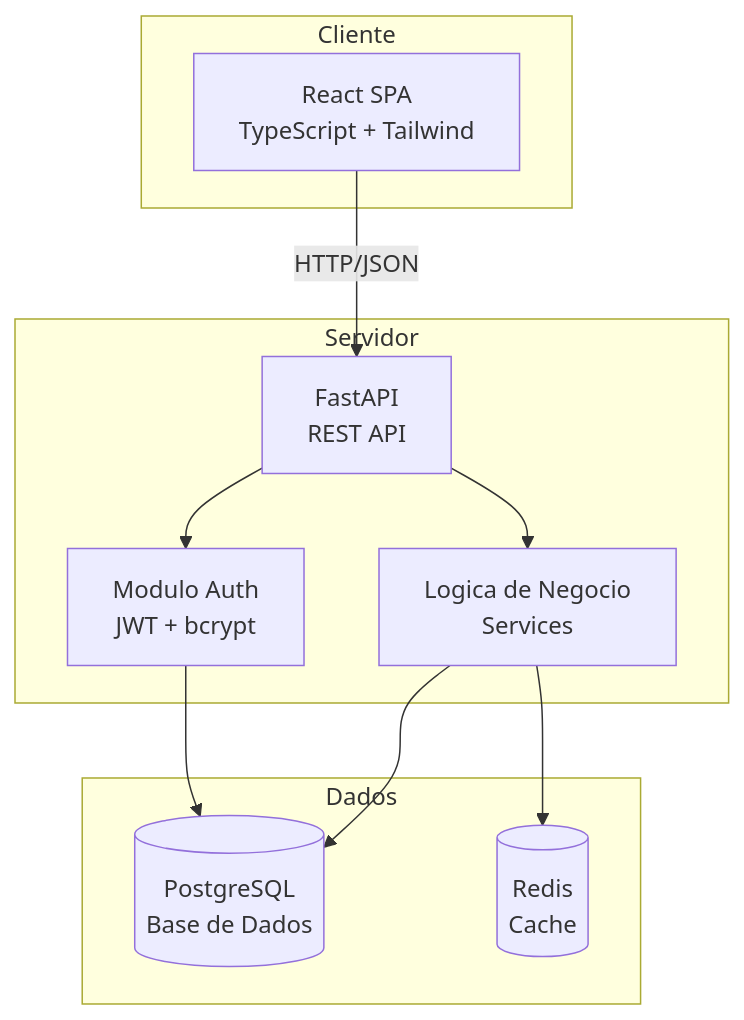
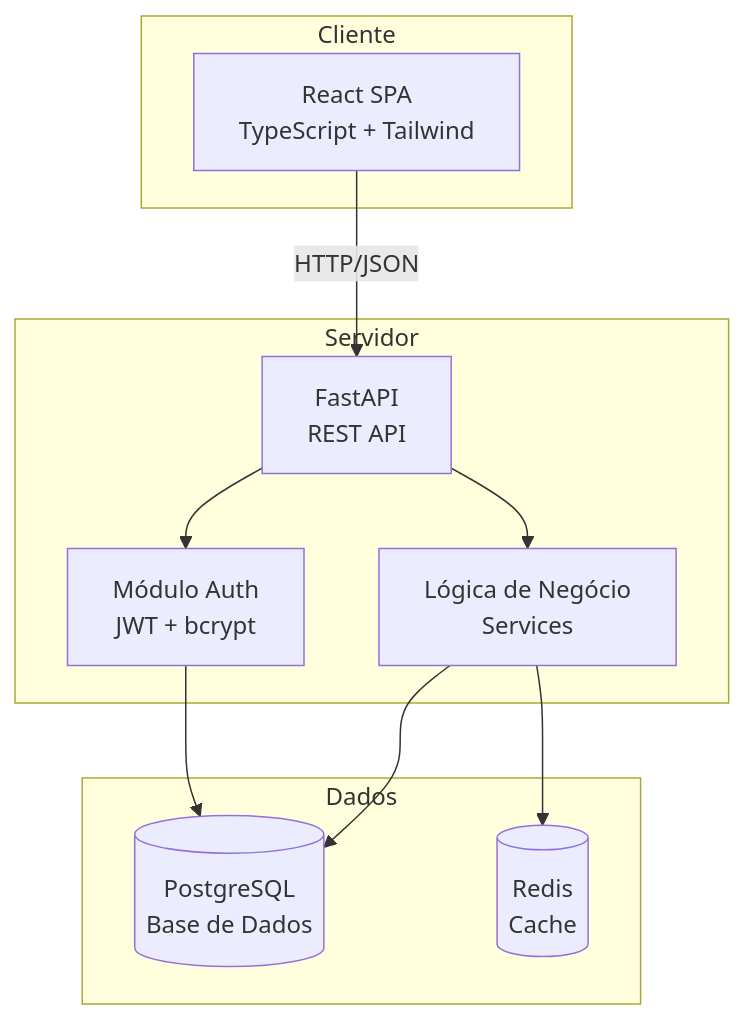
Before and after one commit to henriquelaia/FinTwin: the first of 3 diagrams in docs/sprint0/02_arquitetura.md, drawn with Mermaid. The commit also changed other lines of this file and 11 other files, not shown here.

````diff
--- a/docs/sprint0/02_arquitetura.md
+++ b/docs/sprint0/02_arquitetura.md
@@ -11,24 +11,24 @@
 ```mermaid
 graph TB
     subgraph Cliente
         FE[React SPA<br/>TypeScript + Tailwind]
     end
 
     subgraph Servidor
         API[FastAPI<br/>REST API]
-        AUTH[Modulo Auth<br/>JWT + bcrypt]
-        BL[Logica de Negocio<br/>Services]
+        AUTH[Módulo Auth<br/>JWT + bcrypt]
+        BL[Lógica de Negócio<br/>Services]
     end
 
     subgraph Dados
         DB[(PostgreSQL<br/>Base de Dados)]
         CACHE[(Redis<br/>Cache)]
     end
 
     FE -->|HTTP/JSON| API
     API --> AUTH
     API --> BL
     BL --> DB
     BL --> CACHE
     AUTH --> DB
 ```
````
